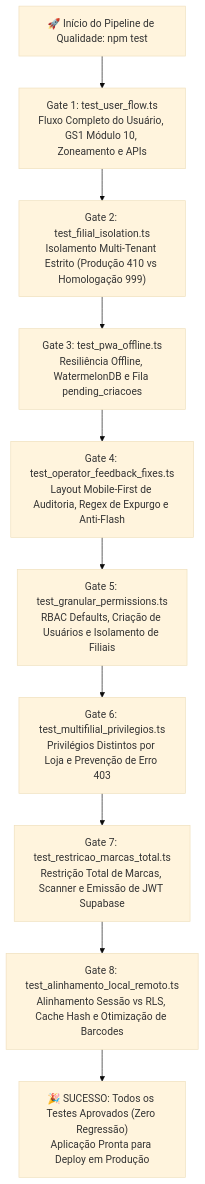
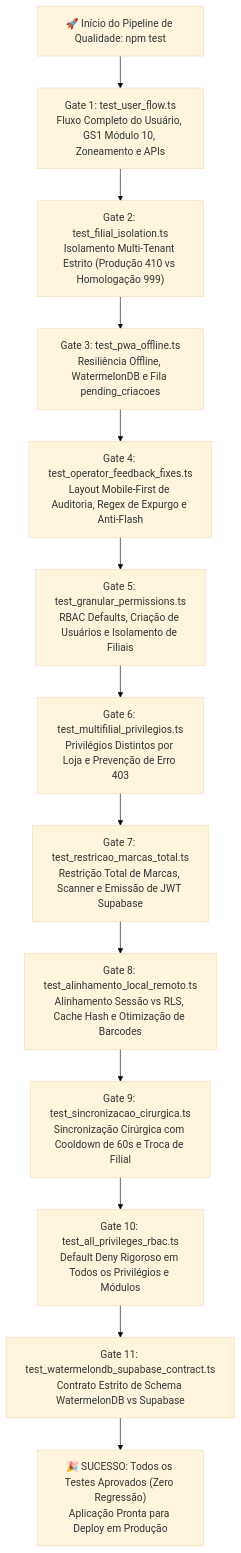
One commit to NaejBarbosa/paletscan-etl changed the diagram in docs/pwa-testes-qualidade.md. Above: the diagram before and after it, drawn with Mermaid (base theme). The commit also changed other lines of this file and 19 other files, not shown here.

````diff
--- a/docs/pwa-testes-qualidade.md
+++ b/docs/pwa-testes-qualidade.md
@@ -13,22 +12,28 @@
 ```mermaid
 flowchart TD
     START["🚀 Início do Pipeline de Qualidade: npm test"]
     
     START --> G1["Gate 1: test_user_flow.ts\nFluxo Completo do Usuário, GS1 Módulo 10, Zoneamento e APIs"]
     
     G1 --> G2["Gate 2: test_filial_isolation.ts\nIsolamento Multi-Tenant Estrito (Produção 410 vs Homologação 999)"]
     
     G2 --> G3["Gate 3: test_pwa_offline.ts\nResiliência Offline, WatermelonDB e Fila pending_criacoes"]
     
     G3 --> G4["Gate 4: test_operator_feedback_fixes.ts\nLayout Mobile-First de Auditoria, Regex de Expurgo e Anti-Flash"]
     
     G4 --> G5["Gate 5: test_granular_permissions.ts\nRBAC Defaults, Criação de Usuários e Isolamento de Filiais"]
     
     G5 --> G6["Gate 6: test_multifilial_privilegios.ts\nPrivilégios Distintos por Loja e Prevenção de Erro 403"]
     
     G6 --> G7["Gate 7: test_restricao_marcas_total.ts\nRestrição Total de Marcas, Scanner e Emissão de JWT Supabase"]
     
     G7 --> G8["Gate 8: test_alinhamento_local_remoto.ts\nAlinhamento Sessão vs RLS, Cache Hash e Otimização de Barcodes"]
     
-    G8 --> SUCCESS["🎉 SUCESSO: Todos os Testes Aprovados (Zero Regressão)\nAplicação Pronta para Deploy em Produção"]
+    G8 --> G9["Gate 9: test_sincronizacao_cirurgica.ts\nSincronização Cirúrgica com Cooldown de 60s e Troca de Filial"]
+    
+    G9 --> G10["Gate 10: test_all_privileges_rbac.ts\nDefault Deny Rigoroso em Todos os Privilégios e Módulos"]
+    
+    G10 --> G11["Gate 11: test_watermelondb_supabase_contract.ts\nContrato Estrito de Schema WatermelonDB vs Supabase"]
+    
+    G11 --> SUCCESS["🎉 SUCESSO: Todos os Testes Aprovados (Zero Regressão)\nAplicação Pronta para Deploy em Produção"]
 ```
````
